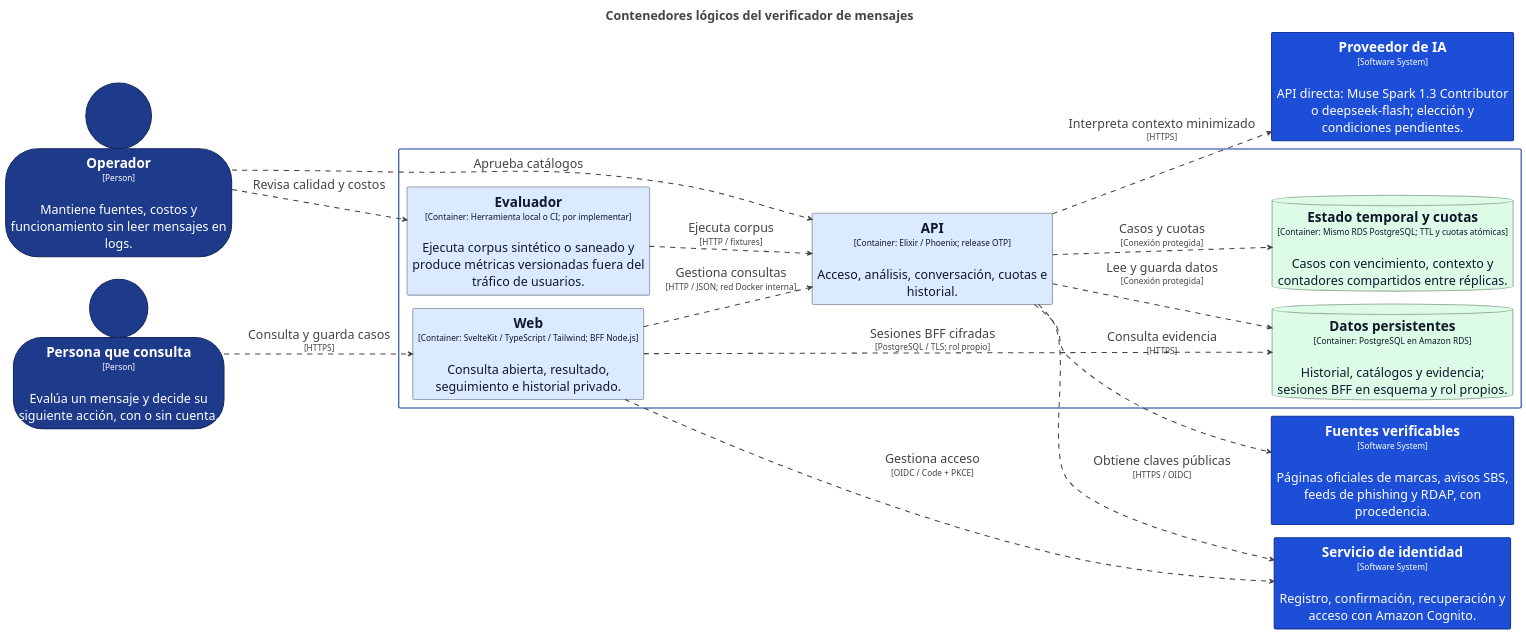
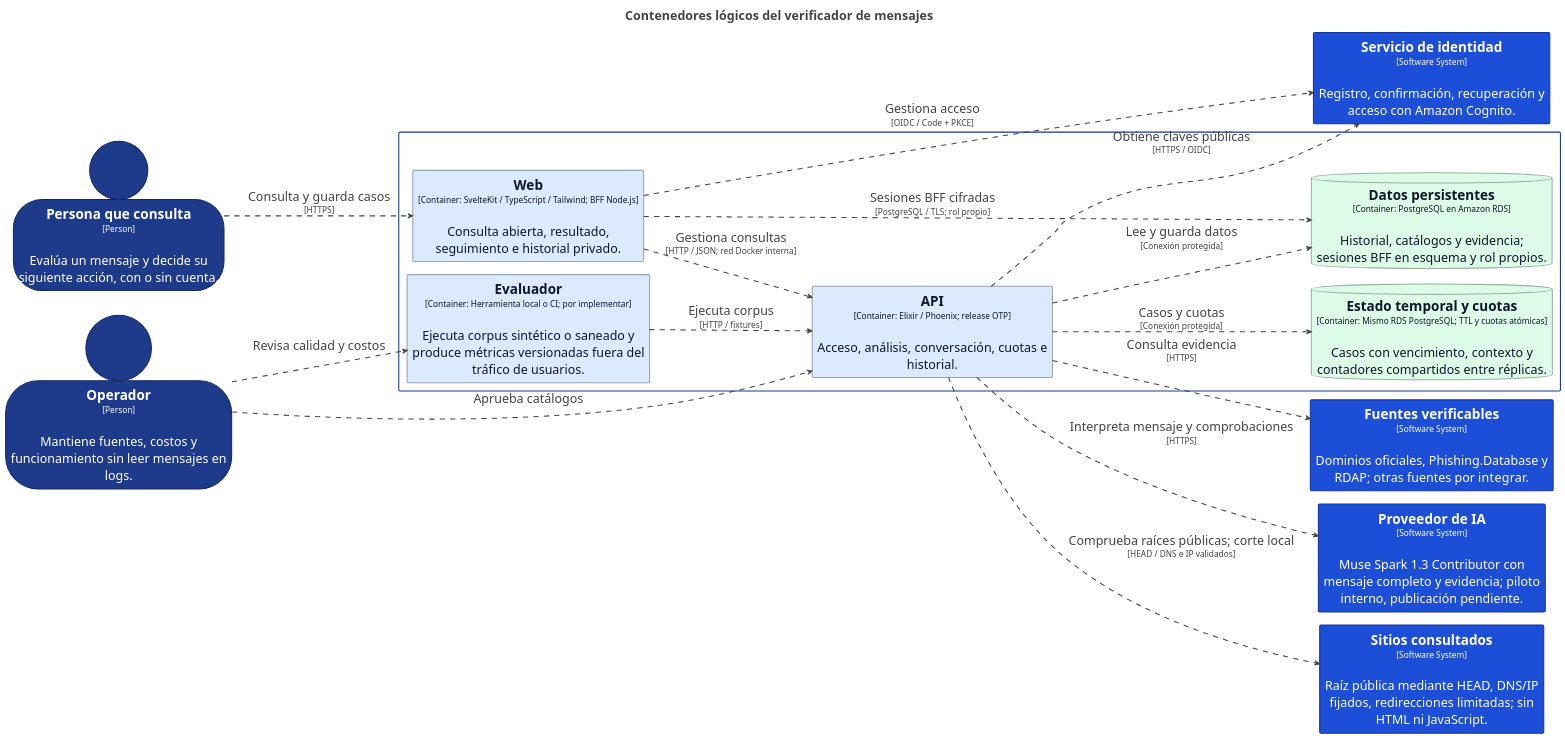
Before and after one commit to deep-skill/everyday-trust: the diagram in docs/diagrams/c4/structurizr-Containers.puml, drawn with PlantUML. The commit also changed 39 other files, not shown here.

Commit message:
Improve review UX, verify link destinations, and enable Muse Spark pilot

```diff
--- a/docs/diagrams/c4/structurizr-Containers.puml
+++ b/docs/diagrams/c4/structurizr-Containers.puml
@@ -1,112 +1,114 @@
 @startuml
 title <size:24>Contenedores lógicos del verificador de mensajes</size>
 
 set separator none
 left to right direction
 skinparam ranksep 60
 skinparam nodesep 25
 hide stereotype
 
 <style>
   root {
     BackgroundColor: #ffffff;
     FontColor: #444444;
   }
   // Element,Container
   .Element-RWxlbWVudCxDb250YWluZXI= {
     BackgroundColor: #dbeafe;
     LineColor: #99a3b1;
     LineStyle: 0;
     LineThickness: 2;
     FontColor: #0f172a;
     FontSize: 24;
     HorizontalAlignment: center;
     Shadowing: 0;
     MaximumWidth: 450;
   }
   // Element,Container,Database
   .Element-RWxlbWVudCxDb250YWluZXIsRGF0YWJhc2U= {
     BackgroundColor: #dcfce7;
     LineColor: #9ab0a1;
     LineStyle: 0;
     LineThickness: 2;
     FontColor: #0f172a;
     FontSize: 24;
     HorizontalAlignment: center;
     Shadowing: 0;
     MaximumWidth: 450;
   }
   // Element,Person
   .Element-RWxlbWVudCxQZXJzb24= {
     BackgroundColor: #1e3a8a;
     LineColor: #152860;
     LineStyle: 0;
     LineThickness: 2;
     FontColor: #ffffff;
     FontSize: 24;
     HorizontalAlignment: center;
     Shadowing: 0;
     MaximumWidth: 450;
   }
   // Element,Software System
   .Element-RWxlbWVudCxTb2Z0d2FyZSBTeXN0ZW0= {
     BackgroundColor: #1d4ed8;
     LineColor: #143697;
     LineStyle: 0;
     LineThickness: 2;
     FontColor: #ffffff;
     FontSize: 24;
     HorizontalAlignment: center;
     Shadowing: 0;
     MaximumWidth: 450;
   }
   // Relationship
   .Relationship-UmVsYXRpb25zaGlw {
     LineThickness: 2;
     LineStyle: 10-10;
     LineColor: #444444;
     FontColor: #444444;
     FontSize: 24;
     MaximumWidth: 200;
   }
   // Verificador de mensajes
   .Boundary-VmVyaWZpY2Fkb3IgZGUgbWVuc2FqZXM= {
     BackgroundColor: #ffffff;
     LineColor: #143697;
     LineStyle: 0;
     LineThickness: 2;
     FontColor: #ffffff;
     FontSize: 24;
     HorizontalAlignment: center;
     Shadowing: 0;
   }
 </style>
 
 person "==Persona que consulta\n<size:16>[Person]</size>\n\nEvalúa un mensaje y decide su siguiente acción, con o sin cuenta." <<Element-RWxlbWVudCxQZXJzb24=>> as Personaqueconsulta
 person "==Operador\n<size:16>[Person]</size>\n\nMantiene fuentes, costos y funcionamiento sin leer mensajes en logs." <<Element-RWxlbWVudCxQZXJzb24=>> as Operador
 rectangle "==Servicio de identidad\n<size:16>[Software System]</size>\n\nRegistro, confirmación, recuperación y acceso con Amazon Cognito." <<Element-RWxlbWVudCxTb2Z0d2FyZSBTeXN0ZW0=>> as Serviciodeidentidad
-rectangle "==Proveedor de IA\n<size:16>[Software System]</size>\n\nAPI directa: Muse Spark 1.3 Contributor o deepseek-flash; elección y condiciones pendientes." <<Element-RWxlbWVudCxTb2Z0d2FyZSBTeXN0ZW0=>> as ProveedordeIA
-rectangle "==Fuentes verificables\n<size:16>[Software System]</size>\n\nPáginas oficiales de marcas, avisos SBS, feeds de phishing y RDAP, con procedencia." <<Element-RWxlbWVudCxTb2Z0d2FyZSBTeXN0ZW0=>> as Fuentesverificables
+rectangle "==Proveedor de IA\n<size:16>[Software System]</size>\n\nMuse Spark 1.3 Contributor con mensaje completo y evidencia; piloto interno, publicación pendiente." <<Element-RWxlbWVudCxTb2Z0d2FyZSBTeXN0ZW0=>> as ProveedordeIA
+rectangle "==Sitios consultados\n<size:16>[Software System]</size>\n\nRaíz pública mediante HEAD, DNS/IP fijados, redirecciones limitadas; sin HTML ni JavaScript." <<Element-RWxlbWVudCxTb2Z0d2FyZSBTeXN0ZW0=>> as Sitiosconsultados
+rectangle "==Fuentes verificables\n<size:16>[Software System]</size>\n\nDominios oficiales, Phishing.Database y RDAP; otras fuentes por integrar." <<Element-RWxlbWVudCxTb2Z0d2FyZSBTeXN0ZW0=>> as Fuentesverificables
 
 rectangle "Verificador de mensajes\n<size:16>[Software System]</size>" <<Boundary-VmVyaWZpY2Fkb3IgZGUgbWVuc2FqZXM=>> {
   database "==Datos persistentes\n<size:16>[Container: PostgreSQL en Amazon RDS]</size>\n\nHistorial, catálogos y evidencia; sesiones BFF en esquema y rol propios." <<Element-RWxlbWVudCxDb250YWluZXIsRGF0YWJhc2U=>> as Verificadordemensajes.Datospersistentes
   database "==Estado temporal y cuotas\n<size:16>[Container: Mismo RDS PostgreSQL; TTL y cuotas atómicas]</size>\n\nCasos con vencimiento, contexto y contadores compartidos entre réplicas." <<Element-RWxlbWVudCxDb250YWluZXIsRGF0YWJhc2U=>> as Verificadordemensajes.Estadotemporalycuotas
   rectangle "==Evaluador\n<size:16>[Container: Herramienta local o CI; por implementar]</size>\n\nEjecuta corpus sintético o saneado y produce métricas versionadas fuera del tráfico de usuarios." <<Element-RWxlbWVudCxDb250YWluZXI=>> as Verificadordemensajes.Evaluador
   rectangle "==Web\n<size:16>[Container: SvelteKit / TypeScript / Tailwind; BFF Node.js]</size>\n\nConsulta abierta, resultado, seguimiento e historial privado." <<Element-RWxlbWVudCxDb250YWluZXI=>> as Verificadordemensajes.Web
   rectangle "==API\n<size:16>[Container: Elixir / Phoenix; release OTP]</size>\n\nAcceso, análisis, conversación, cuotas e historial." <<Element-RWxlbWVudCxDb250YWluZXI=>> as Verificadordemensajes.API
 }
 
 Personaqueconsulta --> Verificadordemensajes.Web <<Relationship-UmVsYXRpb25zaGlw>> : "Consulta y guarda casos\n<size:16>[HTTPS]</size>"
 Verificadordemensajes.Web --> Verificadordemensajes.API <<Relationship-UmVsYXRpb25zaGlw>> : "Gestiona consultas\n<size:16>[HTTP / JSON; red Docker interna]</size>"
 Verificadordemensajes.Web --> Serviciodeidentidad <<Relationship-UmVsYXRpb25zaGlw>> : "Gestiona acceso\n<size:16>[OIDC / Code + PKCE]</size>"
 Verificadordemensajes.Web --> Verificadordemensajes.Datospersistentes <<Relationship-UmVsYXRpb25zaGlw>> : "Sesiones BFF cifradas\n<size:16>[PostgreSQL / TLS; rol propio]</size>"
 Verificadordemensajes.API --> Serviciodeidentidad <<Relationship-UmVsYXRpb25zaGlw>> : "Obtiene claves públicas\n<size:16>[HTTPS / OIDC]</size>"
-Verificadordemensajes.API --> ProveedordeIA <<Relationship-UmVsYXRpb25zaGlw>> : "Interpreta contexto minimizado\n<size:16>[HTTPS]</size>"
+Verificadordemensajes.API --> ProveedordeIA <<Relationship-UmVsYXRpb25zaGlw>> : "Interpreta mensaje y comprobaciones\n<size:16>[HTTPS]</size>"
 Verificadordemensajes.API --> Fuentesverificables <<Relationship-UmVsYXRpb25zaGlw>> : "Consulta evidencia\n<size:16>[HTTPS]</size>"
+Verificadordemensajes.API --> Sitiosconsultados <<Relationship-UmVsYXRpb25zaGlw>> : "Comprueba raíces públicas; corte local\n<size:16>[HEAD / DNS e IP validados]</size>"
 Verificadordemensajes.API --> Verificadordemensajes.Datospersistentes <<Relationship-UmVsYXRpb25zaGlw>> : "Lee y guarda datos\n<size:16>[Conexión protegida]</size>"
 Verificadordemensajes.API --> Verificadordemensajes.Estadotemporalycuotas <<Relationship-UmVsYXRpb25zaGlw>> : "Casos y cuotas\n<size:16>[Conexión protegida]</size>"
 Operador --> Verificadordemensajes.Evaluador <<Relationship-UmVsYXRpb25zaGlw>> : "Revisa calidad y costos"
 Verificadordemensajes.Evaluador --> Verificadordemensajes.API <<Relationship-UmVsYXRpb25zaGlw>> : "Ejecuta corpus\n<size:16>[HTTP / fixtures]</size>"
 Operador --> Verificadordemensajes.API <<Relationship-UmVsYXRpb25zaGlw>> : "Aprueba catálogos"
 
 @enduml
```
